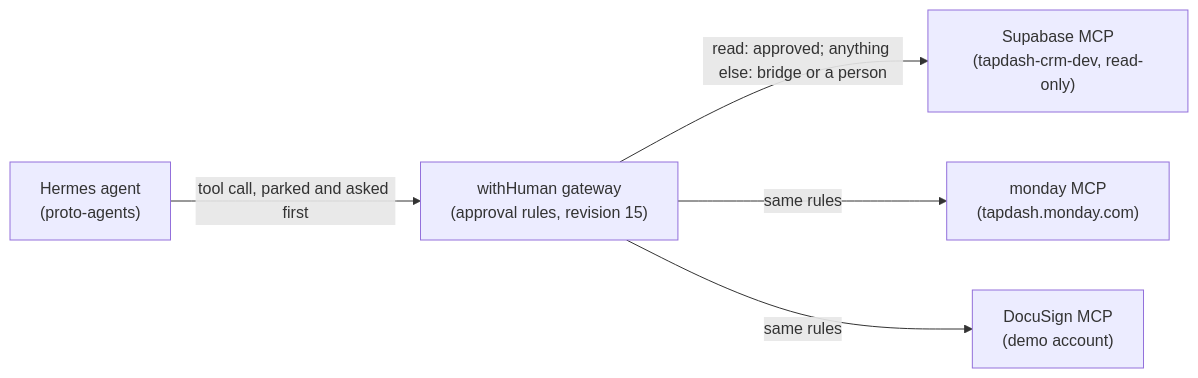
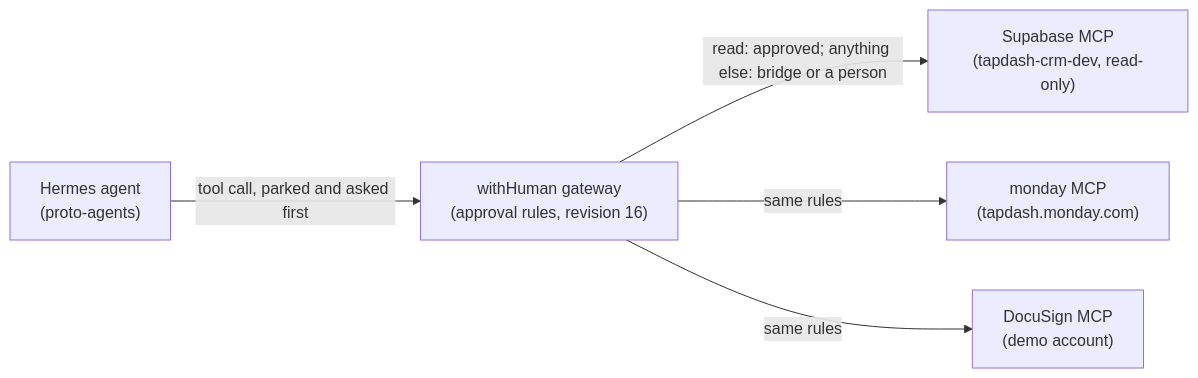
The third of 4 diagrams in durable-park/docs/gateway-setup.md (TapDashPayments/TapDash-Agents), drawn with Mermaid before and after one commit. The commit also changed other lines of this file and 7 other files, not shown here.

````diff
--- a/durable-park/docs/gateway-setup.md
+++ b/durable-park/docs/gateway-setup.md
@@ -171,7 +171,7 @@
 ```mermaid
 flowchart LR
-  agent["Hermes agent<br/>(proto-agents)"] -->|"tool call, parked and asked first"| wh["withHuman gateway<br/>(approval rules, revision 15)"]
+  agent["Hermes agent<br/>(proto-agents)"] -->|"tool call, parked and asked first"| wh["withHuman gateway<br/>(approval rules, revision 16)"]
   wh -->|"read: approved; anything else: bridge or a person"| sb["Supabase MCP<br/>(tapdash-crm-dev, read-only)"]
   wh -->|"same rules"| mo["monday MCP<br/>(tapdash.monday.com)"]
   wh -->|"same rules"| ds["DocuSign MCP<br/>(demo account)"]
 ```
````
